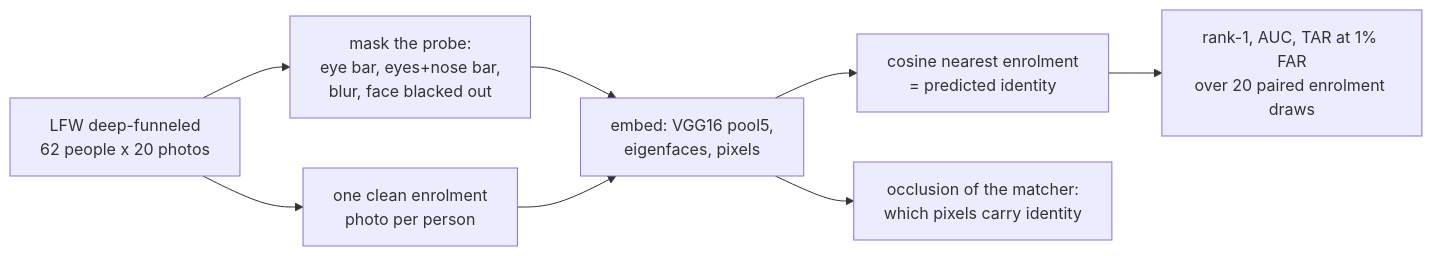
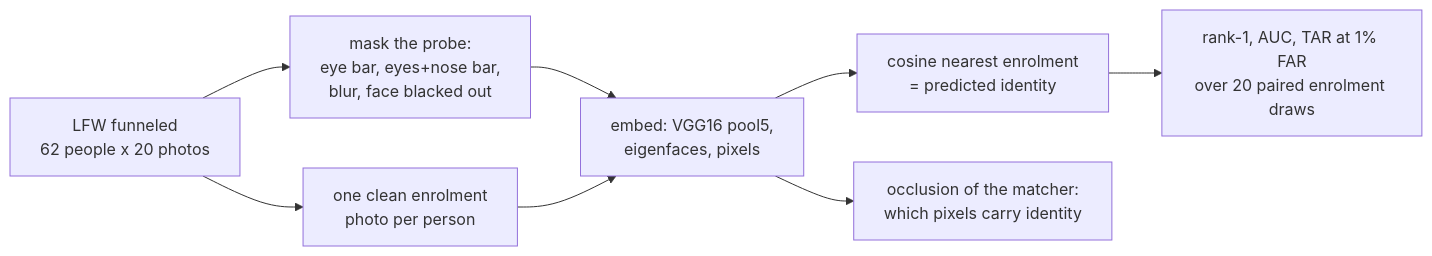
The diagram in README.md (Pchambet/cnn-explainability-workshop), drawn with Mermaid before and after one commit. The commit also changed other lines of this file and 5 other files, not shown here.

First line of the commit message:
docs: the data is LFW funneled, not deep-funneled

````diff
--- a/README.md
+++ b/README.md
@@ -26,10 +26,10 @@
 ```mermaid
 flowchart LR
-    A[LFW deep-funneled<br/>62 people x 20 photos] --> B[mask the probe:<br/>eye bar, eyes+nose bar,<br/>blur, face blacked out]
+    A[LFW funneled<br/>62 people x 20 photos] --> B[mask the probe:<br/>eye bar, eyes+nose bar,<br/>blur, face blacked out]
     A --> C[one clean enrolment<br/>photo per person]
     B --> D[embed: VGG16 pool5,<br/>eigenfaces, pixels]
     C --> D
     D --> E[cosine nearest enrolment<br/>= predicted identity]
     E --> F[rank-1, AUC, TAR at 1% FAR<br/>over 20 paired enrolment draws]
     D --> G[occlusion of the matcher:<br/>which pixels carry identity]
 ```
````
